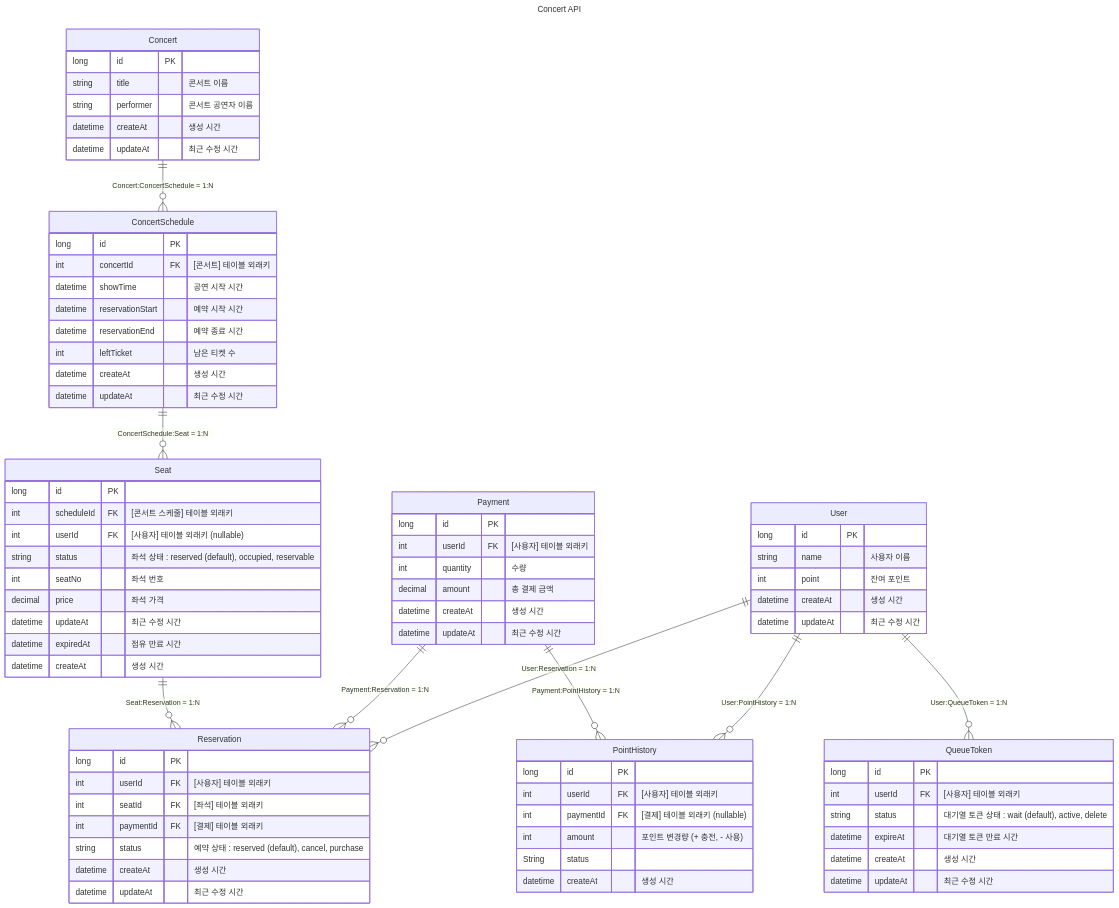
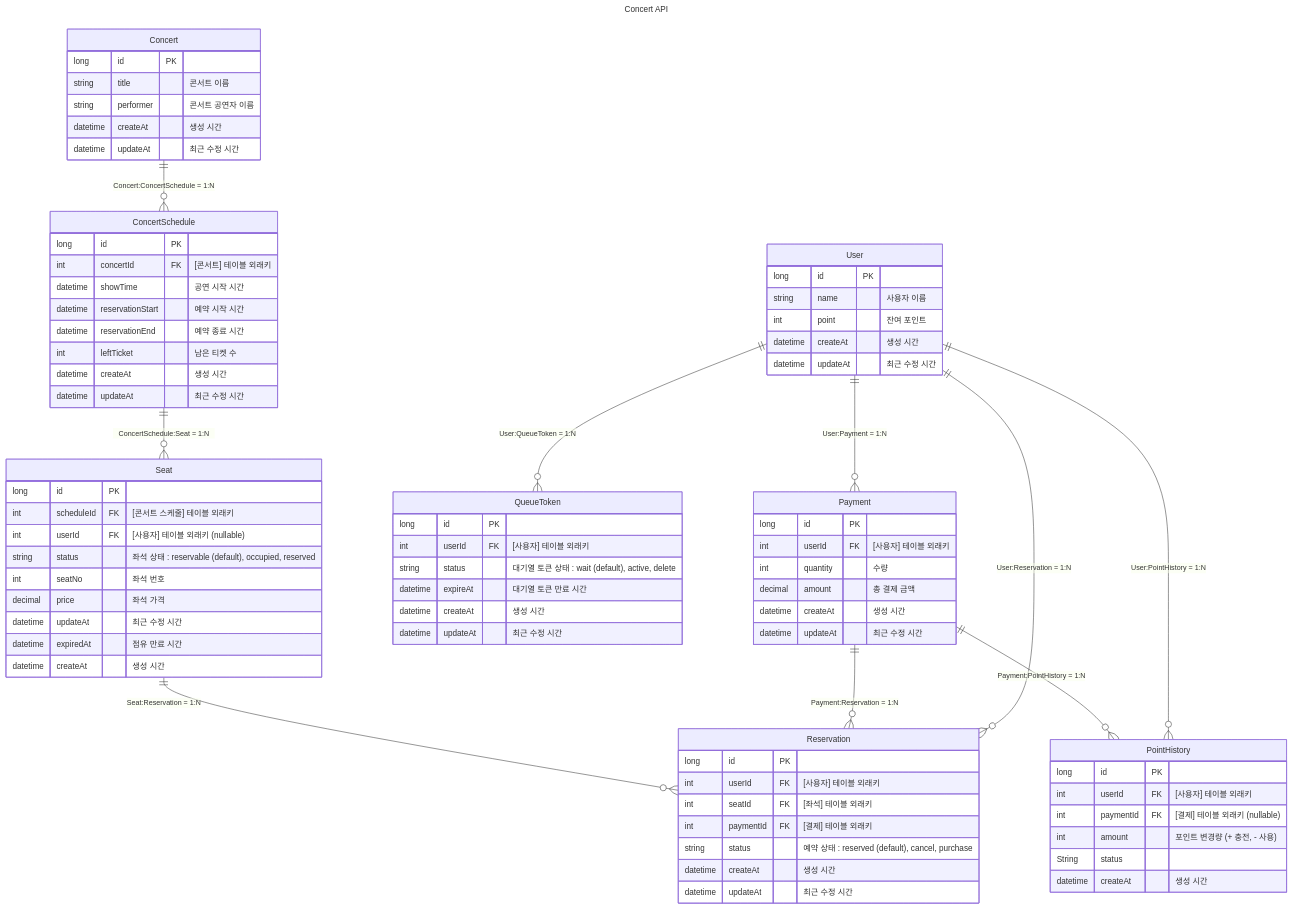
Before and after one commit to GustavEiffels/hhplus_server_build: the diagram in docs/erd/ERDiagram.md, drawn with Mermaid.

Commit message:
[docs] ERD 문서 수정

````diff
--- a/docs/erd/ERDiagram.md
+++ b/docs/erd/ERDiagram.md
@@ -10,7 +10,7 @@
         int scheduleId    FK    "[콘서트 스케줄] 테이블 외래키" 
         int userId        FK    "[사용자] 테이블 외래키 (nullable)" 
 
-        string   status           "좌석 상태 : reserved (default), occupied, reservable"
+        string   status           "좌석 상태 : reservable (default), occupied, reserved"
         int      seatNo              "좌석 번호"
         decimal  price           "좌석 가격"
         datetime updateAt       "최근 수정 시간"
@@ -94,5 +94,6 @@
     User ||--o{ Reservation : "User:Reservation = 1:N"
     User ||--o{ PointHistory : "User:PointHistory = 1:N"
     User ||--o{ QueueToken  : "User:QueueToken = 1:N"
+    User ||--o{ Payment  : "User:Payment = 1:N"
 
 ```
````
